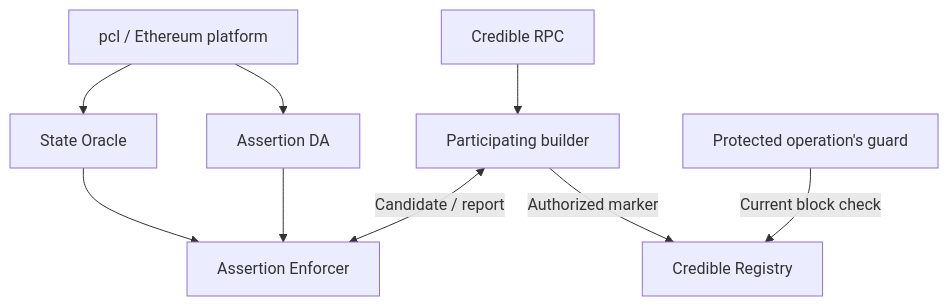
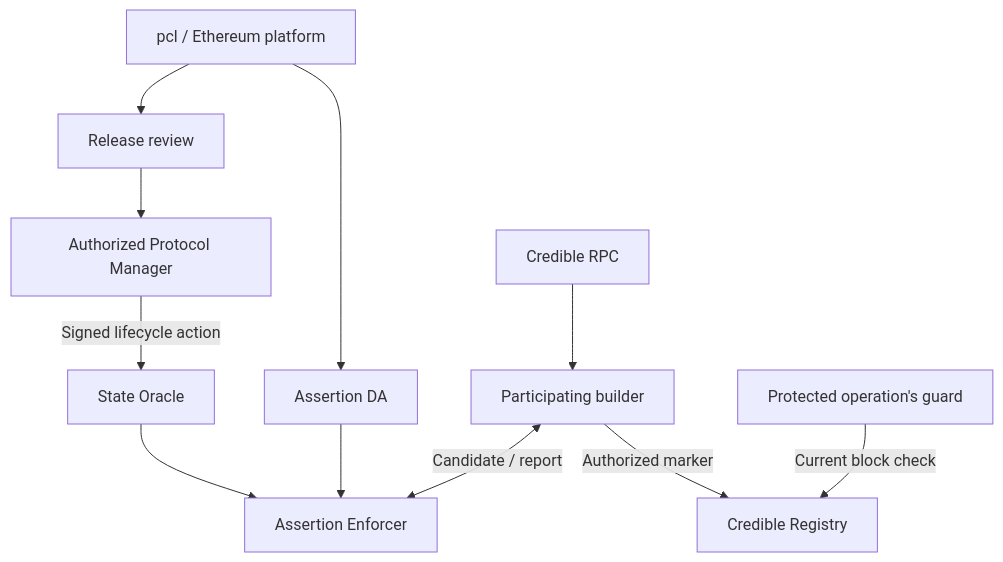
One commit to phylaxsystems/phylax-docs changed the diagram in credible/interfaces-overview.mdx. Above: the diagram before and after it, drawn with Mermaid. The commit also changed other lines of this file and 155 other files, not shown here.

````diff
--- a/credible/interfaces-overview.mdx
+++ b/credible/interfaces-overview.mdx
@@ -10,11 +10,13 @@
 ```mermaid
 flowchart TD
-    CLI["pcl / Ethereum platform"] --> SO["State Oracle"]
+    CLI["pcl / Ethereum platform"] --> Release["Release review"]
+    Release --> Manager["Authorized Protocol Manager"]
+    Manager -->|"Signed lifecycle action"| SO["State Oracle"]
     CLI --> DA["Assertion DA"]
     SO --> E["Assertion Enforcer"]
     DA --> E
     RPC["Credible RPC"] --> B["Participating builder"]
     B <-->|"Candidate / report"| E
     B -->|"Authorized marker"| CR["Credible Registry"]
     G["Protected operation's guard"] -->|"Current block check"| CR
 ```
````
